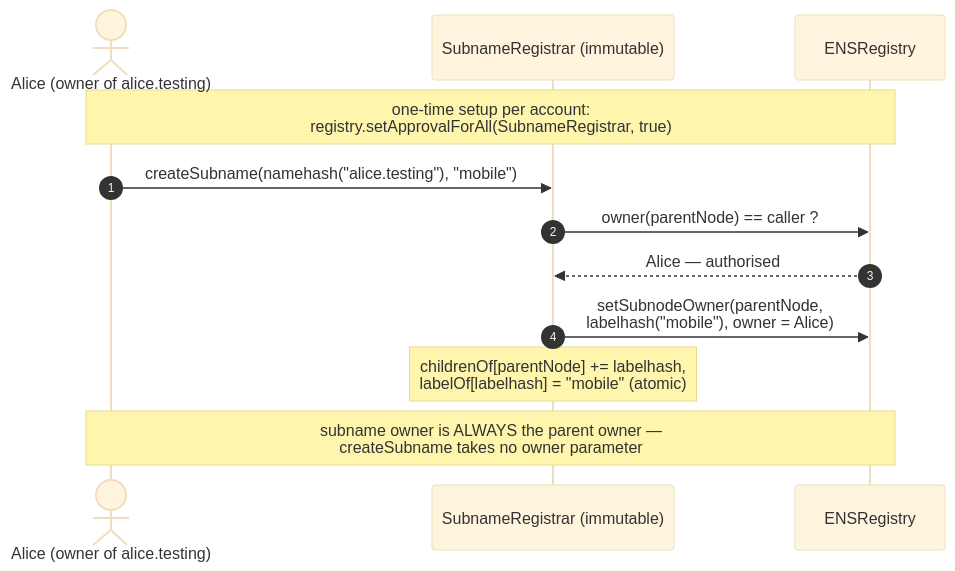
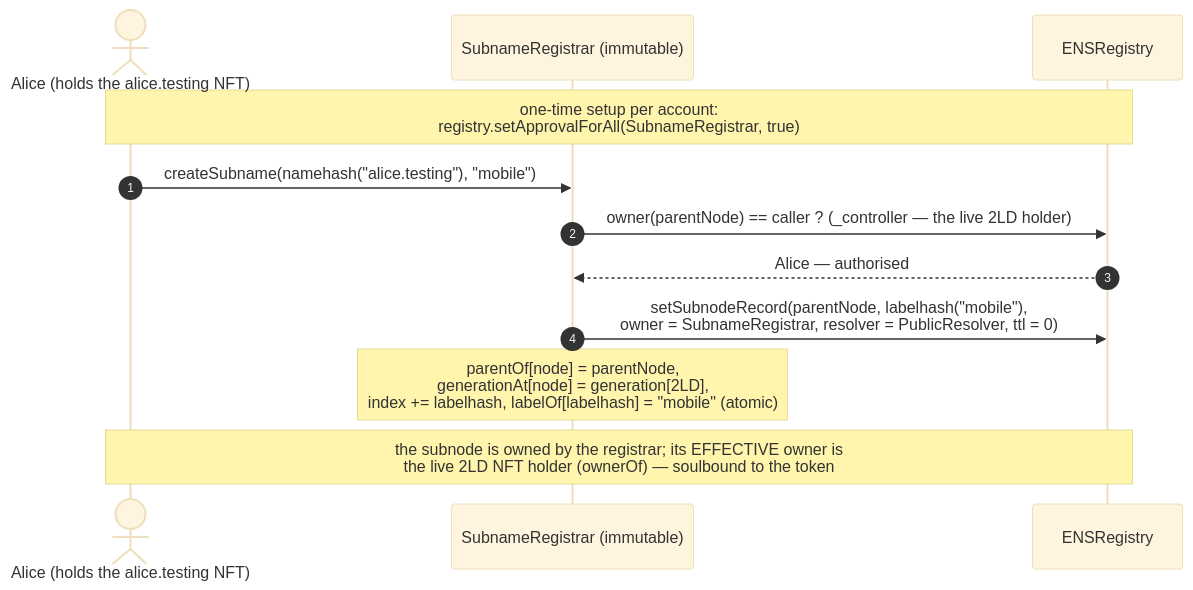
Before and after one commit to brenzi/simplex-namespace-contract: the fourth of 10 diagrams in docs/sequence-happy-flow.md, drawn with Mermaid (base theme). The commit also changed other lines of this file and 8 other files, not shown here.

````diff
--- a/docs/sequence-happy-flow.md
+++ b/docs/sequence-happy-flow.md
@@ -97,15 +105,15 @@
 ```mermaid
 sequenceDiagram
     autonumber
-    actor U as Alice (owner of alice.testing)
+    actor U as Alice (holds the alice.testing NFT)
     participant SR as SubnameRegistrar (immutable)
     participant R as ENSRegistry
 
     note over U,R: one-time setup per account:<br/>registry.setApprovalForAll(SubnameRegistrar, true)
     U->>SR: createSubname(namehash("alice.testing"), "mobile")
-    SR->>R: owner(parentNode) == caller ?
+    SR->>R: owner(parentNode) == caller ?  (_controller — the live 2LD holder)
     R-->>SR: Alice — authorised
-    SR->>R: setSubnodeOwner(parentNode,<br/>labelhash("mobile"), owner = Alice)
-    note over SR: childrenOf[parentNode] += labelhash,<br/>labelOf[labelhash] = "mobile" (atomic)
-    note over U,R: subname owner is ALWAYS the parent owner —<br/>createSubname takes no owner parameter
+    SR->>R: setSubnodeRecord(parentNode, labelhash("mobile"),<br/>owner = SubnameRegistrar, resolver = PublicResolver, ttl = 0)
+    note over SR: parentOf[node] = parentNode,<br/>generationAt[node] = generation[2LD],<br/>index += labelhash, labelOf[labelhash] = "mobile" (atomic)
+    note over U,R: the subnode is owned by the registrar#59; its EFFECTIVE owner is<br/>the live 2LD NFT holder (ownerOf) — soulbound to the token
 ```
````
